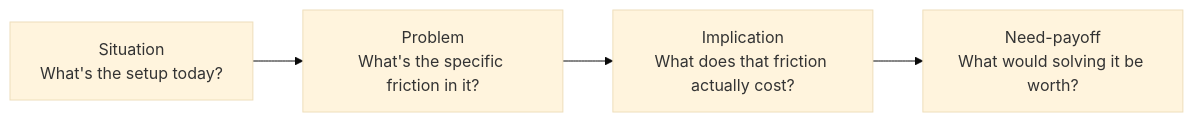
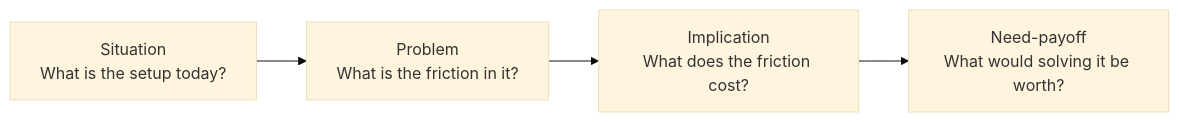
One commit to francoandreDev/knowledge changed the first of 2 diagrams in src/content/product-domain/discovery/L2-concept.mdx. Above: the diagram before and after it, drawn with Mermaid (base theme). The commit also changed other lines of this file and 3 other files, not shown here.

````diff
--- a/src/content/product-domain/discovery/L2-concept.mdx
+++ b/src/content/product-domain/discovery/L2-concept.mdx
@@ -70,6 +32,6 @@
 ```mermaid
 flowchart LR
-    A["Situation<br/>What's the setup today?"] --> B["Problem<br/>What's the specific friction in it?"]
-    B --> C["Implication<br/>What does that friction actually cost?"]
+    A["Situation<br/>What is the setup today?"] --> B["Problem<br/>What is the friction in it?"]
+    B --> C["Implication<br/>What does the friction cost?"]
     C --> D["Need-payoff<br/>What would solving it be worth?"]
 ```
````
